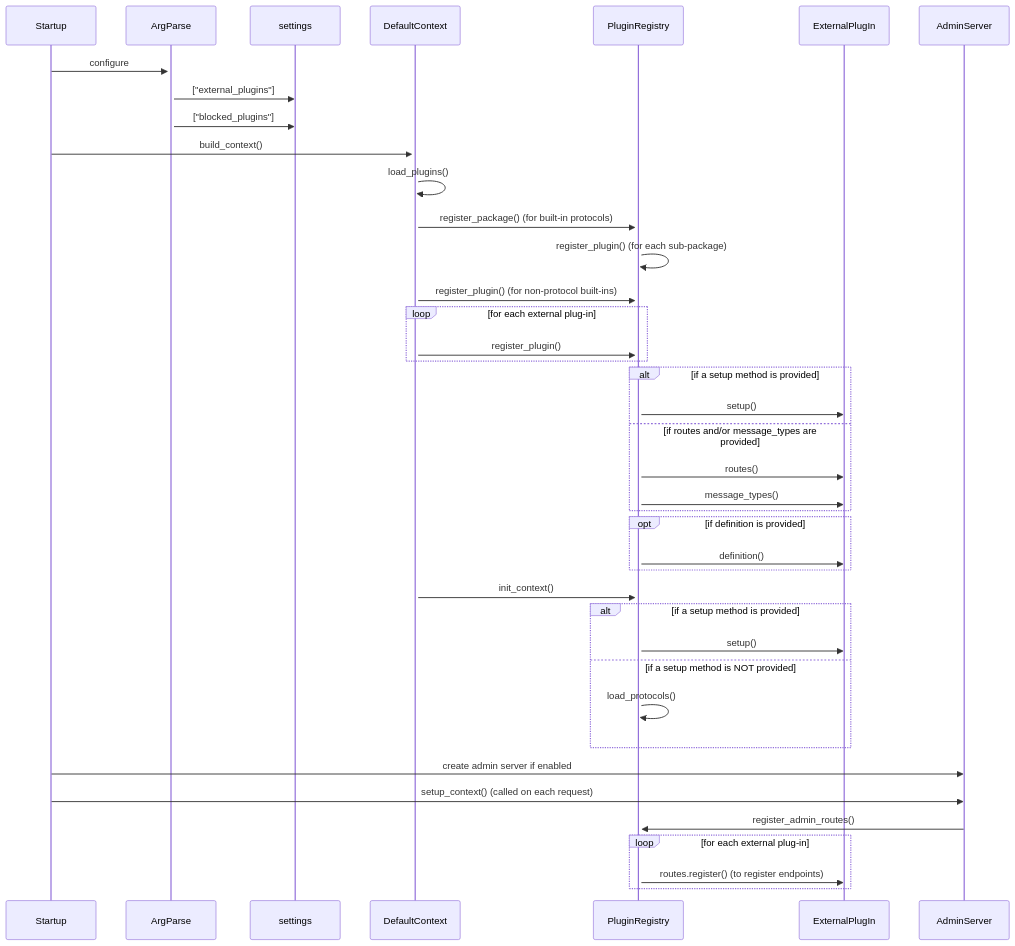
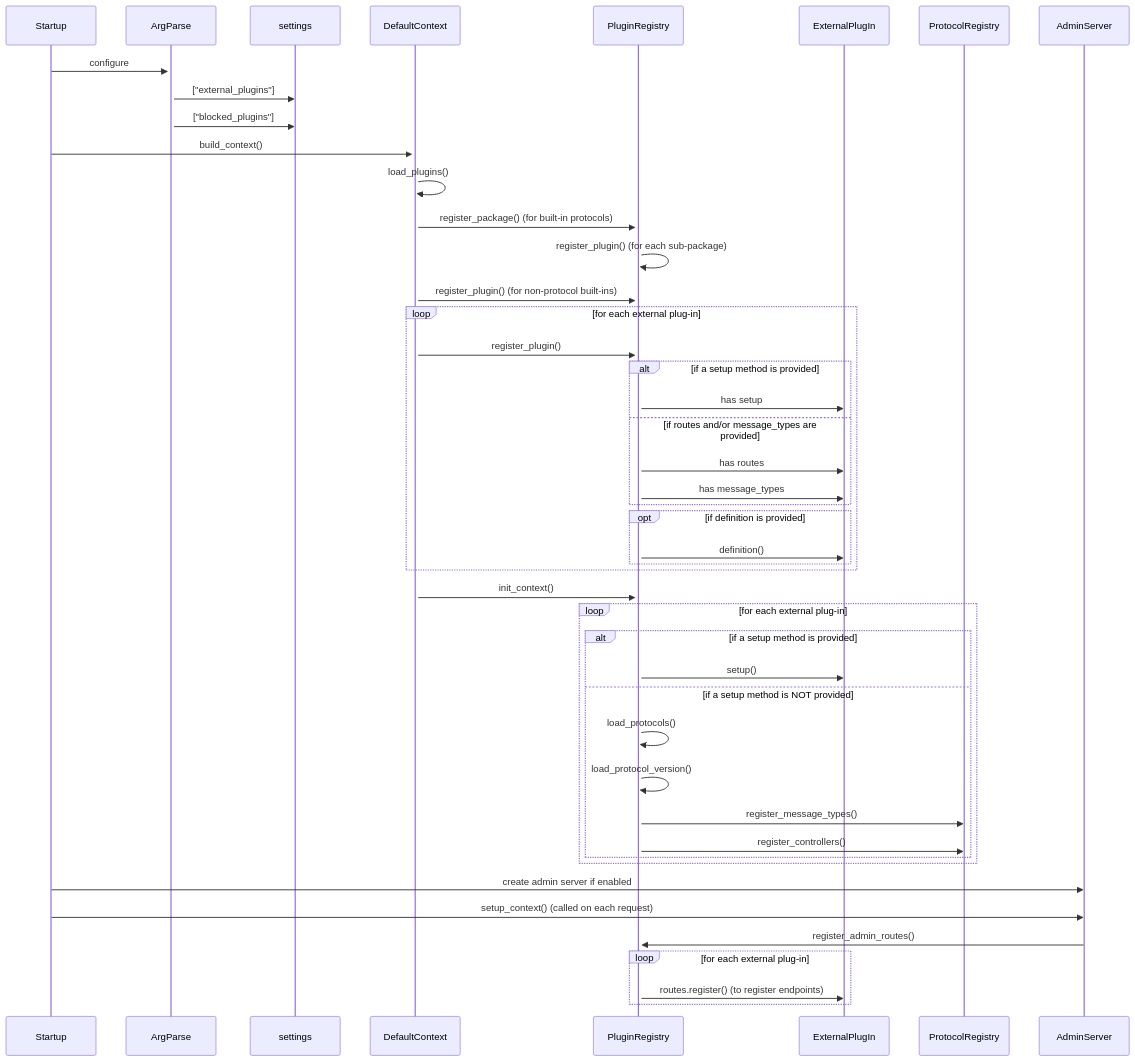
The diagram in README.md (ianco/django-rest-hooks), drawn with Mermaid before and after one commit.

Commit message:
Test diagrams

````diff
--- a/README.md
+++ b/README.md
@@ -458,35 +458,40 @@
 ```mermaid
 sequenceDiagram
     Startup->>+ArgParse: configure
     ArgParse->>settings:  ["external_plugins"]
     ArgParse->>settings:  ["blocked_plugins"]
     Startup->>+DefaultContext:  build_context()
-    DefaultContext->>DefaultContext:  load_plugins()
-    DefaultContext->>+PluginRegistry:  register_package() (for built-in protocols)
-    PluginRegistry->>PluginRegistry:  register_plugin() (for each sub-package)
-    DefaultContext->>PluginRegistry:  register_plugin() (for non-protocol built-ins)
-  loop for each external plug-in
-    DefaultContext->>PluginRegistry:  register_plugin()
-  end
-  alt if a setup method is provided
-    PluginRegistry->>ExternalPlugIn:  setup()
-  else if routes and/or message_types are provided
-    PluginRegistry->>ExternalPlugIn:  routes()
-    PluginRegistry->>ExternalPlugIn:  message_types()
-  end
-  opt if definition is provided
-    PluginRegistry->>ExternalPlugIn:  definition()
-  end
-    DefaultContext->>PluginRegistry:  init_context()
-  alt if a setup method is provided
-    PluginRegistry->>ExternalPlugIn:  setup()
-  else if a setup method is NOT provided
-    PluginRegistry->>PluginRegistry:  load_protocols()
-  end
+      DefaultContext->>DefaultContext:  load_plugins()
+      DefaultContext->>+PluginRegistry:  register_package() (for built-in protocols)
+        PluginRegistry->>PluginRegistry:  register_plugin() (for each sub-package)
+      DefaultContext->>PluginRegistry:  register_plugin() (for non-protocol built-ins)
+      loop for each external plug-in
+        DefaultContext->>PluginRegistry:  register_plugin()
+        alt if a setup method is provided
+          PluginRegistry->>ExternalPlugIn:  has setup
+        else if routes and/or message_types are provided
+          PluginRegistry->>ExternalPlugIn:  has routes
+          PluginRegistry->>ExternalPlugIn:  has message_types
+        end
+        opt if definition is provided
+          PluginRegistry->>ExternalPlugIn:  definition()
+        end
+      end
+      DefaultContext->>PluginRegistry:  init_context()
+        loop for each external plug-in
+          alt if a setup method is provided
+            PluginRegistry->>ExternalPlugIn:  setup()
+          else if a setup method is NOT provided
+            PluginRegistry->>PluginRegistry:  load_protocols()
+            PluginRegistry->>PluginRegistry:  load_protocol_version()
+            PluginRegistry->>ProtocolRegistry:  register_message_types()
+            PluginRegistry->>ProtocolRegistry:  register_controllers()
+          end
+        end
     Startup->>AdminServer:  create admin server if enabled
     Startup->>AdminServer:  setup_context() (called on each request)
-    AdminServer->>PluginRegistry:  register_admin_routes()
-  loop for each external plug-in
-    PluginRegistry->>ExternalPlugIn:  routes.register() (to register endpoints)
-  end
+      AdminServer->>PluginRegistry:  register_admin_routes()
+      loop for each external plug-in
+        PluginRegistry->>ExternalPlugIn:  routes.register() (to register endpoints)
+      end
 ```
````
